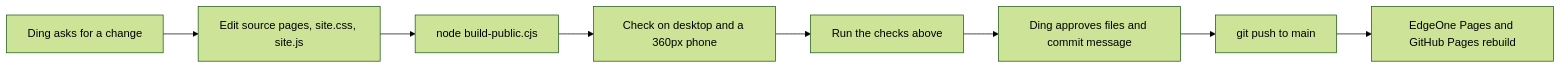
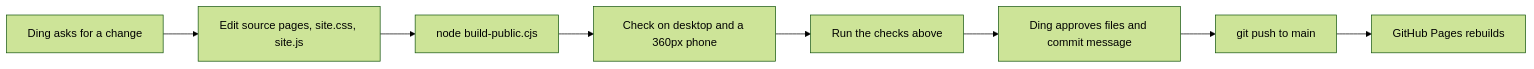
One commit to wdz288-97/working-notes changed the second of 2 diagrams in AGENTS.md. Above: the diagram before and after it, drawn with Mermaid (forest theme). The commit also changed other lines of this file and 3 other files, not shown here.

First line of the commit message:
chore: remove EdgeOne Pages, keep GitHub Pages as the only host

````diff
--- a/AGENTS.md
+++ b/AGENTS.md
@@ -209,10 +209,10 @@
 ```mermaid
 flowchart LR
   A[Ding asks for a change] --> B[Edit source pages, site.css, site.js]
   B --> C[node build-public.cjs]
   C --> D[Check on desktop and a 360px phone]
   D --> E[Run the checks above]
   E --> F[Ding approves files and commit message]
   F --> G[git push to main]
-  G --> H[EdgeOne Pages and GitHub Pages rebuild]
+  G --> H[GitHub Pages rebuilds]
 ```
````
